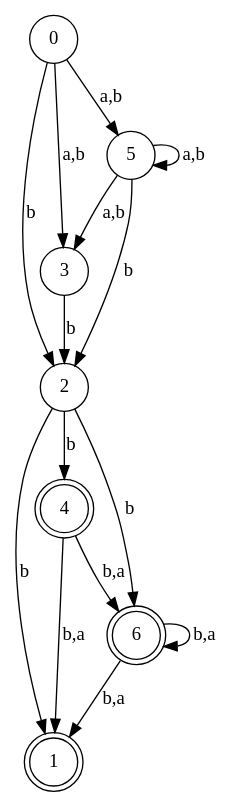
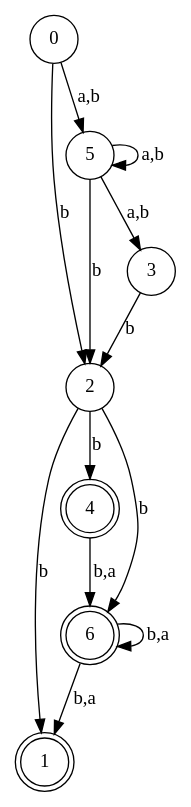
The diagram in projeto_1/test-output/graph.gv (igorbragaia/CTC-34), drawn with Graphviz before and after one commit. The commit also changed 2 other files, not shown here.

```diff
--- a/projeto_1/test-output/graph.gv
+++ b/projeto_1/test-output/graph.gv
@@ -1,23 +1,21 @@
 digraph {
 	0 [shape=circle]
 	1 [shape=doublecircle]
 	2 [shape=circle]
 	3 [shape=circle]
 	4 [shape=doublecircle]
 	5 [shape=circle]
 	6 [shape=doublecircle]
 	5 -> 5 [label="a,b"]
 	2 -> 4 [label=b]
 	3 -> 2 [label=b]
 	6 -> 6 [label="b,a"]
 	0 -> 2 [label=b]
 	5 -> 2 [label=b]
 	2 -> 6 [label=b]
 	2 -> 1 [label=b]
 	5 -> 3 [label="a,b"]
 	0 -> 5 [label="a,b"]
-	0 -> 3 [label="a,b"]
 	6 -> 1 [label="b,a"]
 	4 -> 6 [label="b,a"]
-	4 -> 1 [label="b,a"]
 }
```
